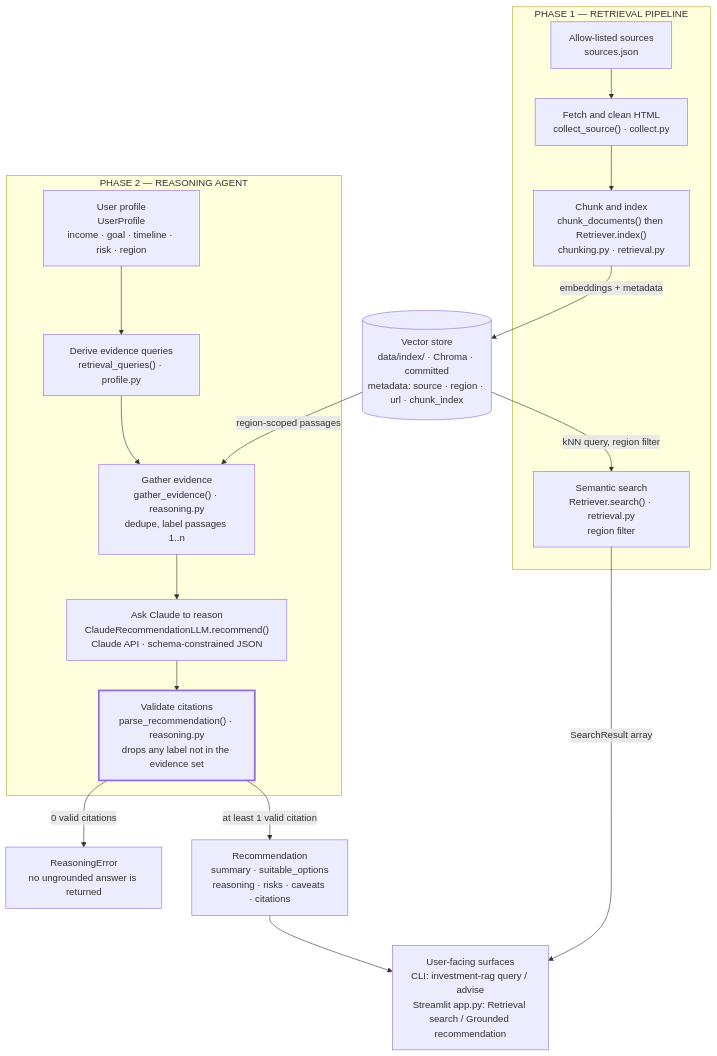
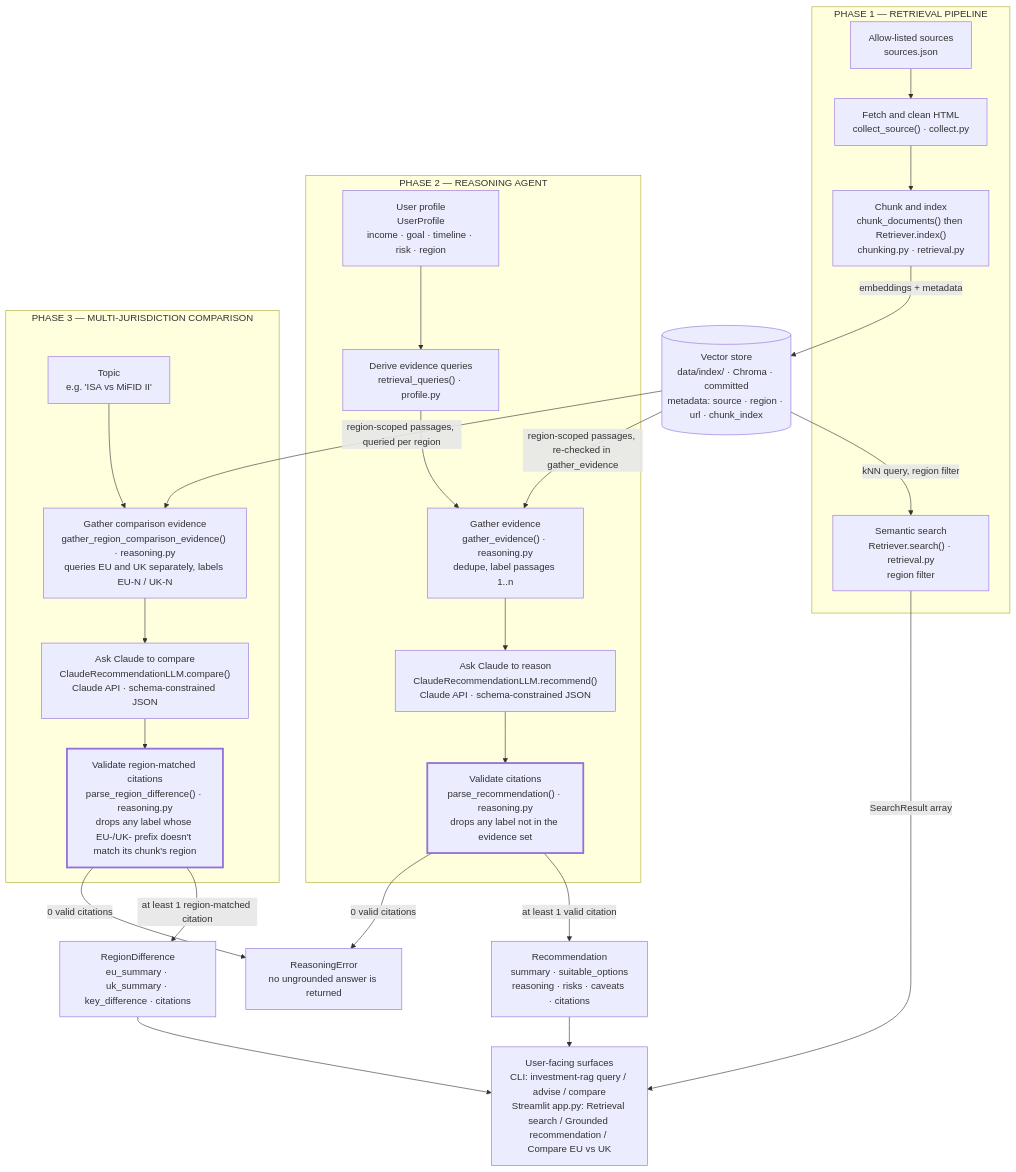
Before and after one commit to Farzaanee/pomegranate: the diagram in src/docs/architecture.md, drawn with Mermaid. The commit also changed other lines of this file and 6 other files, not shown here.

````diff
--- a/src/docs/architecture.md
+++ b/src/docs/architecture.md
@@ -19,34 +23,46 @@
 ```mermaid
 flowchart TD
     subgraph P1["PHASE 1 — RETRIEVAL PIPELINE"]
         SRC["Allow-listed sources<br/>sources.json"]
         COL["Fetch and clean HTML<br/>collect_source() · collect.py"]
         CHK["Chunk and index<br/>chunk_documents() then Retriever.index()<br/>chunking.py · retrieval.py"]
         SRCH["Semantic search<br/>Retriever.search() · retrieval.py<br/>region filter"]
         SRC --> COL --> CHK
     end
 
     STORE[("Vector store<br/>data/index/ · Chroma · committed<br/>metadata: source · region · url · chunk_index")]
 
     subgraph P2["PHASE 2 — REASONING AGENT"]
         PROF["User profile<br/>UserProfile<br/>income · goal · timeline · risk · region"]
         QRY["Derive evidence queries<br/>retrieval_queries() · profile.py"]
         GATH["Gather evidence<br/>gather_evidence() · reasoning.py<br/>dedupe, label passages 1..n"]
         LLM["Ask Claude to reason<br/>ClaudeRecommendationLLM.recommend()<br/>Claude API · schema-constrained JSON"]
         VAL["Validate citations<br/>parse_recommendation() · reasoning.py<br/>drops any label not in the evidence set"]
         PROF --> QRY --> GATH --> LLM --> VAL
     end
 
+    subgraph P3["PHASE 3 — MULTI-JURISDICTION COMPARISON"]
+        TOPIC["Topic<br/>e.g. 'ISA vs MiFID II'"]
+        CGATH["Gather comparison evidence<br/>gather_region_comparison_evidence() · reasoning.py<br/>queries EU and UK separately, labels EU-N / UK-N"]
+        CLLM["Ask Claude to compare<br/>ClaudeRecommendationLLM.compare()<br/>Claude API · schema-constrained JSON"]
+        CVAL["Validate region-matched citations<br/>parse_region_difference() · reasoning.py<br/>drops any label whose EU-/UK- prefix doesn't match its chunk's region"]
+        TOPIC --> CGATH --> CLLM --> CVAL
+    end
+
     CHK -- "embeddings + metadata" --> STORE
     STORE -- "kNN query, region filter" --> SRCH
-    STORE -- "region-scoped passages" --> GATH
+    STORE -- "region-scoped passages, re-checked in gather_evidence" --> GATH
+    STORE -- "region-scoped passages, queried per region" --> CGATH
 
     VAL -- "at least 1 valid citation" --> REC["Recommendation<br/>summary · suitable_options<br/>reasoning · risks · caveats · citations"]
     VAL -- "0 valid citations" --> ERR["ReasoningError<br/>no ungrounded answer is returned"]
+    CVAL -- "at least 1 region-matched citation" --> DIFF["RegionDifference<br/>eu_summary · uk_summary · key_difference · citations"]
+    CVAL -- "0 valid citations" --> ERR
 
-    SRCH -- "SearchResult array" --> UI["User-facing surfaces<br/>CLI: investment-rag query / advise<br/>Streamlit app.py: Retrieval search / Grounded recommendation"]
+    SRCH -- "SearchResult array" --> UI["User-facing surfaces<br/>CLI: investment-rag query / advise / compare<br/>Streamlit app.py: Retrieval search / Grounded recommendation / Compare EU vs UK"]
     REC --> UI
+    DIFF --> UI
 
     classDef gate stroke-width:3px
-    class VAL gate
+    class VAL,CVAL gate
 ```
````
